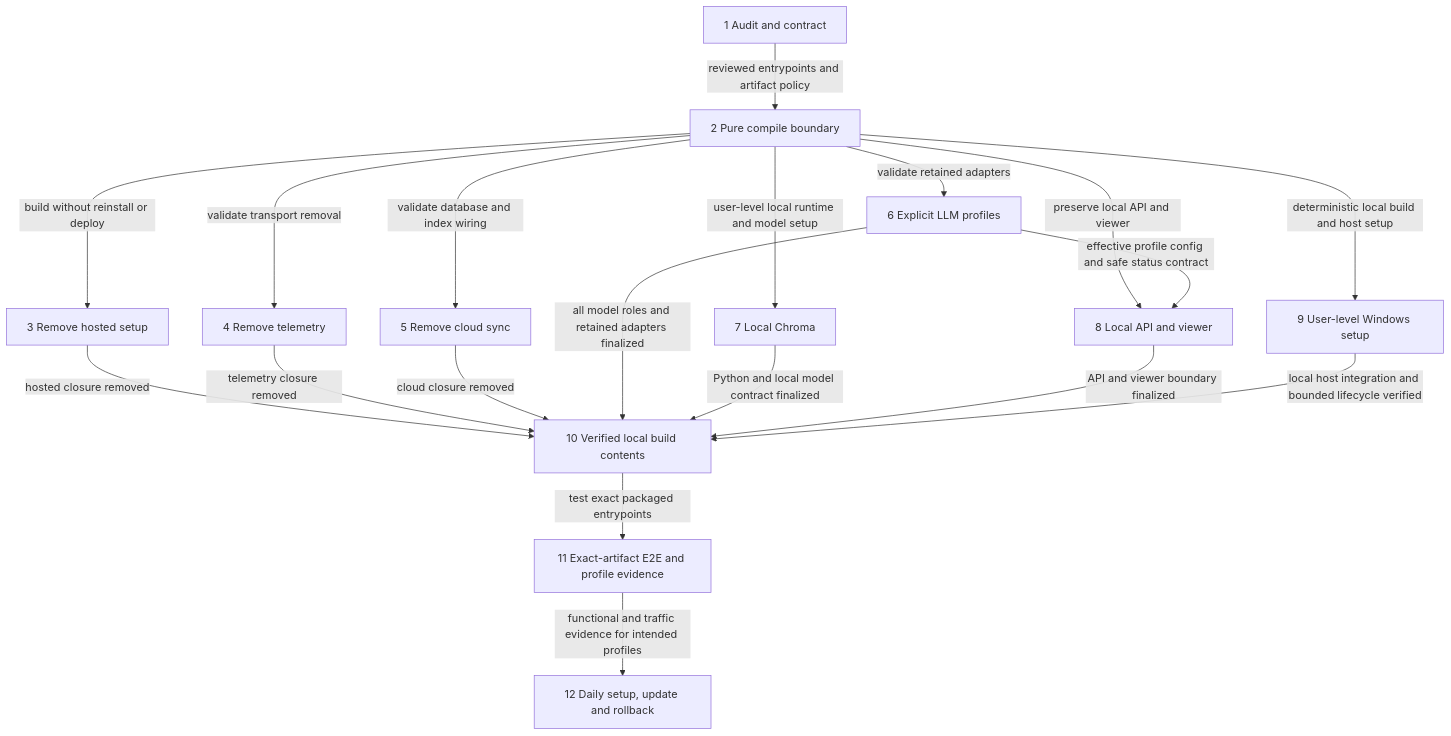
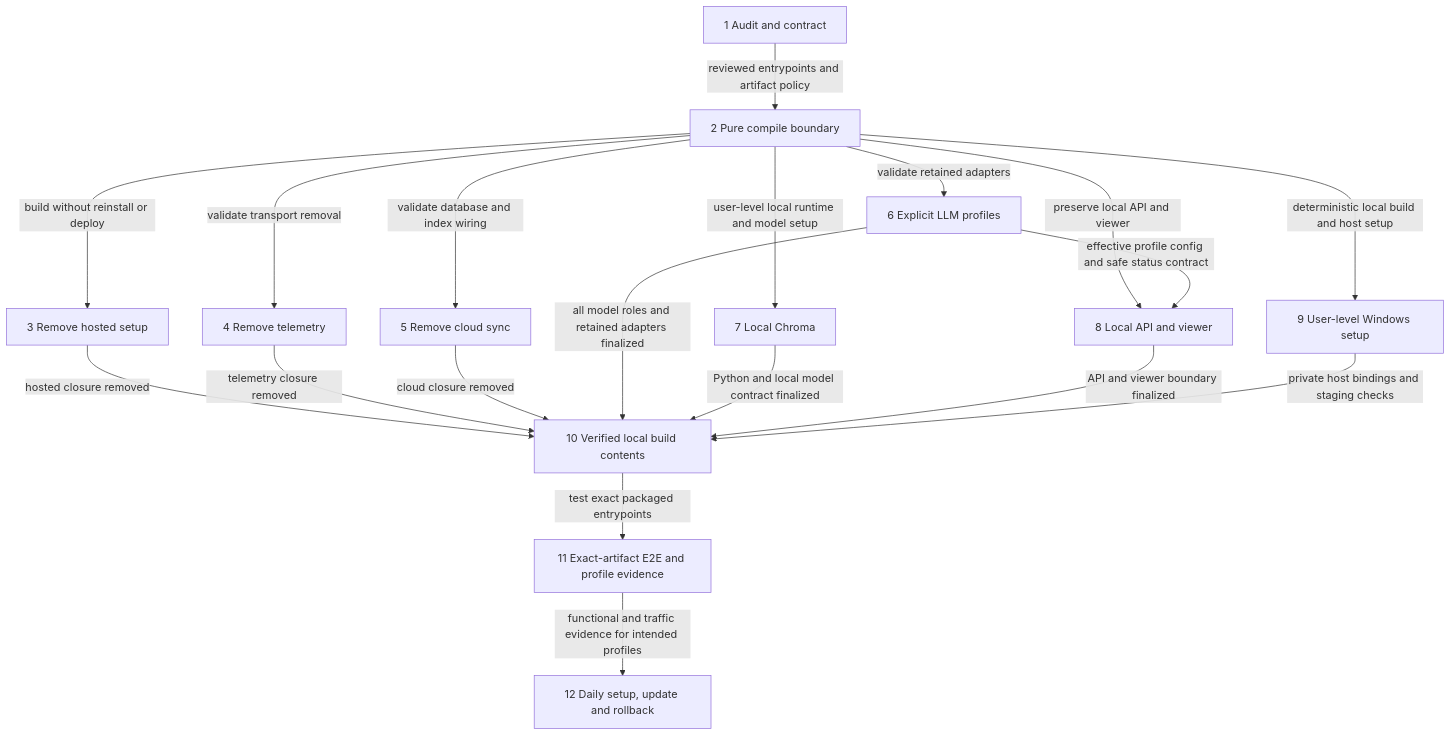
The diagram in docs/roadmap.md (nick777977/cmem-custom), drawn with Mermaid before and after one commit. The commit also changed other lines of this file and 8 other files, not shown here.

Commit message:
Align Claude Windows staging with the local roadmap

```diff
--- a/docs/roadmap.md
+++ b/docs/roadmap.md
@@ -190,21 +193,21 @@
 ~~~mermaid
 flowchart TD
   s1["1 Audit and contract"] -->|reviewed entrypoints and artifact policy| s2["2 Pure compile boundary"]
   s2 -->|build without reinstall or deploy| s3["3 Remove hosted setup"]
   s2 -->|validate transport removal| s4["4 Remove telemetry"]
   s2 -->|validate database and index wiring| s5["5 Remove cloud sync"]
   s2 -->|validate retained adapters| s6["6 Explicit LLM profiles"]
   s2 -->|user-level local runtime and model setup| s7["7 Local Chroma"]
   s2 -->|preserve local API and viewer| s8["8 Local API and viewer"]
   s6 -->|effective profile config and safe status contract| s8
   s2 -->|deterministic local build and host setup| s9["9 User-level Windows setup"]
   s3 -->|hosted closure removed| s10["10 Verified local build contents"]
   s4 -->|telemetry closure removed| s10
   s5 -->|cloud closure removed| s10
   s6 -->|all model roles and retained adapters finalized| s10
   s7 -->|Python and local model contract finalized| s10
   s8 -->|API and viewer boundary finalized| s10
-  s9 -->|local host integration and bounded lifecycle verified| s10
+  s9 -->|private host bindings and staging checks| s10
   s10 -->|test exact packaged entrypoints| s11["11 Exact-artifact E2E and profile evidence"]
   s11 -->|functional and traffic evidence for intended profiles| s12["12 Daily setup, update and rollback"]
 ~~~
```
